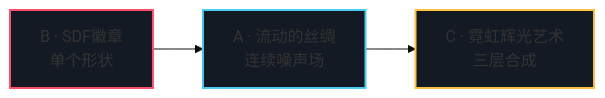
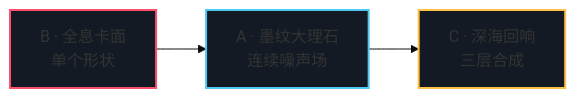
Before and after one commit to onlyLucky/LLM_Wiki: the diagram in learning/前端/GLSL_Shader/homework/day2/README.md, drawn with Mermaid (base theme). The commit also changed other lines of this file and 141 other files, not shown here.

````diff
--- a/learning/前端/GLSL_Shader/homework/day2/README.md
+++ b/learning/前端/GLSL_Shader/homework/day2/README.md
@@ -15,7 +15,7 @@
 ```mermaid
 graph LR
-    B["B · SDF徽章<br/>单个形状"] --> A["A · 流动的丝绸<br/>连续噪声场"] --> C["C · 霓虹辉光艺术<br/>三层合成"]
+    B["B · 全息卡面<br/>单个形状"] --> A["A · 墨纹大理石<br/>连续噪声场"] --> C["C · 深海回响<br/>三层合成"]
     style B fill:#141a24,stroke:#FF4D6D,stroke-width:2px
     style A fill:#141a24,stroke:#4CC9F0,stroke-width:2px
     style C fill:#141a24,stroke:#FFC145,stroke-width:2px
 ```
````
